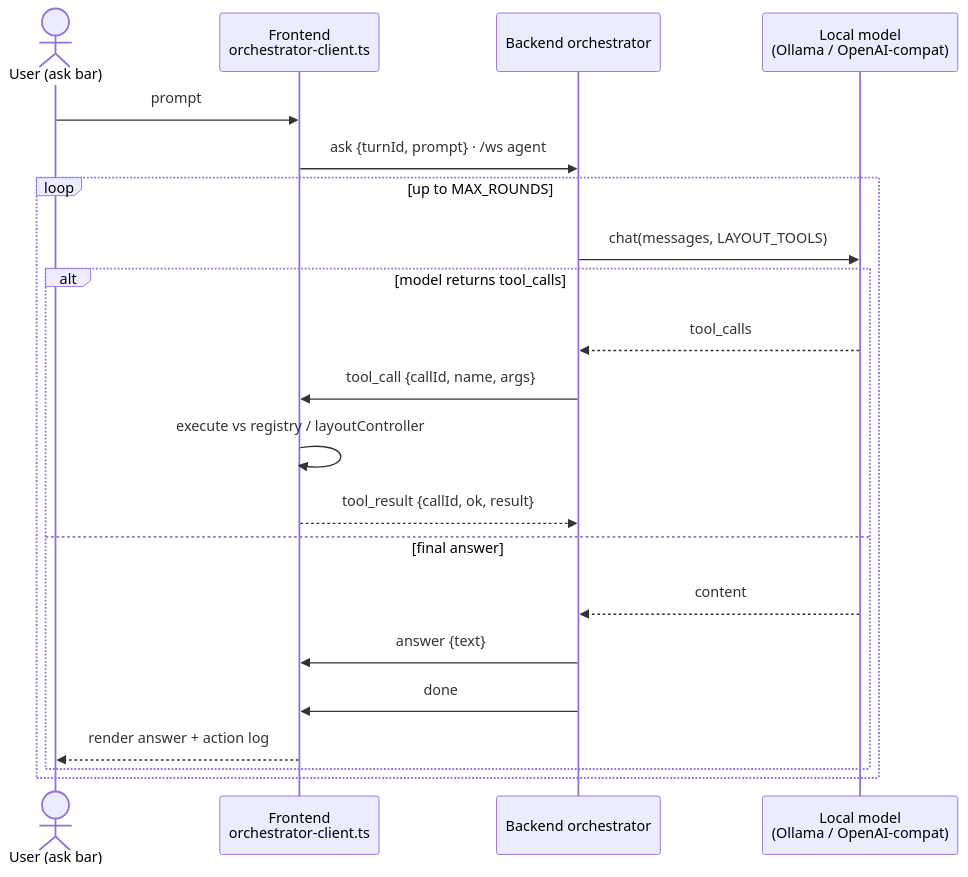
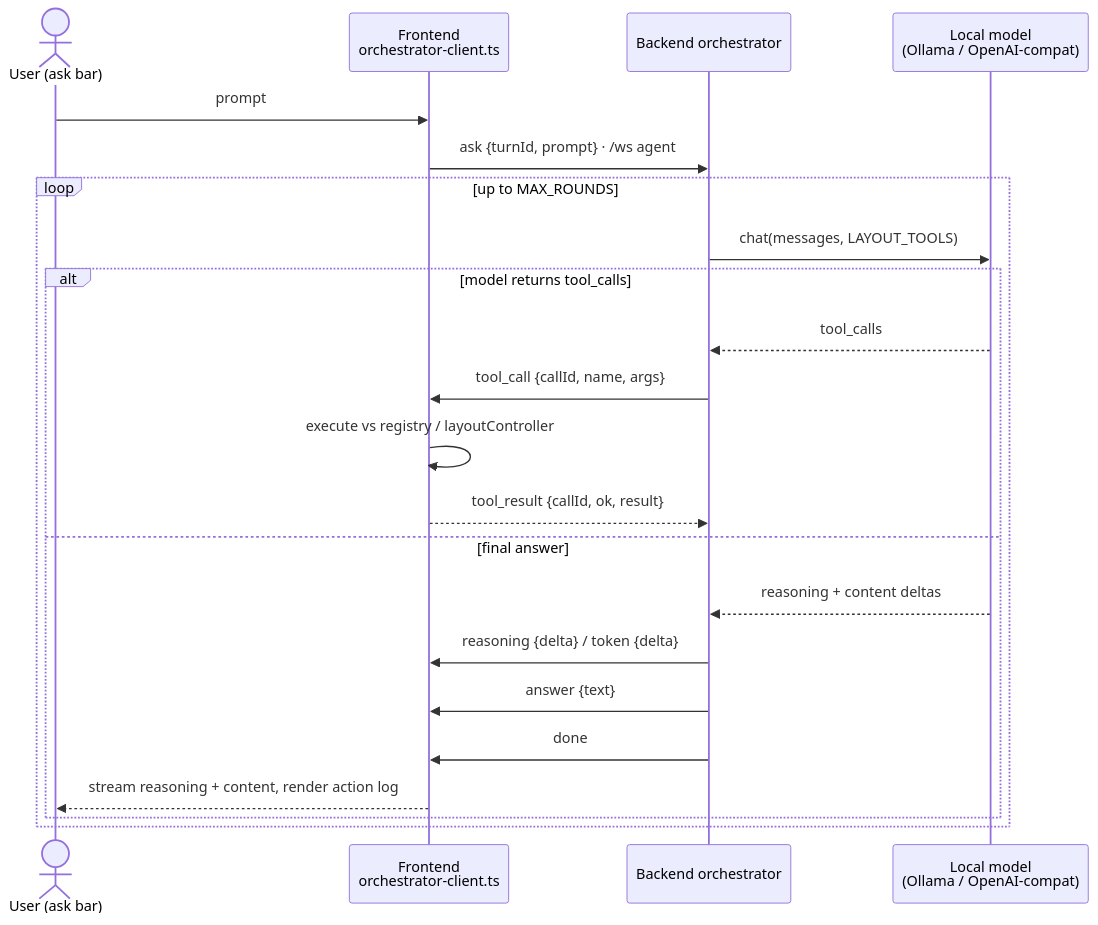
The diagram in docs/modules/agent-chat.mdx (ConstCorrectness/horrible-dashboard), drawn with Mermaid before and after one commit. The commit also changed other lines of this file and 17 other files, not shown here.

````diff
--- a/docs/modules/agent-chat.mdx
+++ b/docs/modules/agent-chat.mdx
@@ -50,24 +72,25 @@
 ```mermaid
 sequenceDiagram
     actor U as User (ask bar)
     participant FE as Frontend<br/>orchestrator-client.ts
     participant BE as Backend orchestrator
     participant M as Local model<br/>(Ollama / OpenAI-compat)
 
     U->>FE: prompt
     FE->>BE: ask {turnId, prompt} · /ws agent
     loop up to MAX_ROUNDS
         BE->>M: chat(messages, LAYOUT_TOOLS)
         alt model returns tool_calls
             M-->>BE: tool_calls
             BE->>FE: tool_call {callId, name, args}
             FE->>FE: execute vs registry / layoutController
             FE-->>BE: tool_result {callId, ok, result}
         else final answer
-            M-->>BE: content
+            M-->>BE: reasoning + content deltas
+            BE->>FE: reasoning {delta} / token {delta}
             BE->>FE: answer {text}
             BE->>FE: done
-            FE-->>U: render answer + action log
+            FE-->>U: stream reasoning + content, render action log
         end
     end
 ```
````
